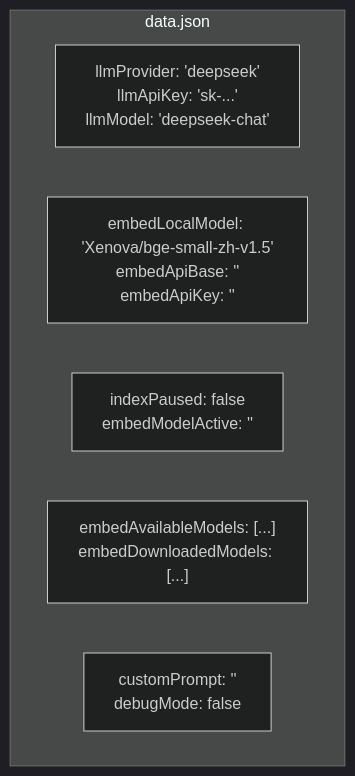
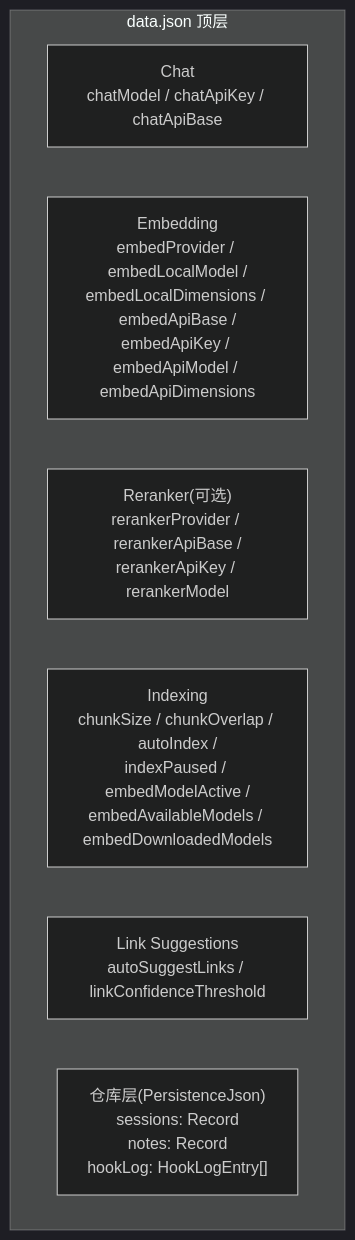
One commit to golddream-y/obsidian-ratel changed the first of 2 diagrams in docs/architecture/host/persistence.md. Above: the diagram before and after it, drawn with Mermaid (dark theme). The commit also changed other lines of this file and 1 other file, not shown here.

First line of the commit message:
docs(host): 对齐 persistence.md / obsidian-integration.md 与代码现实

````diff
--- a/docs/architecture/host/persistence.md
+++ b/docs/architecture/host/persistence.md
@@ -84,10 +88,11 @@
 ```mermaid
 graph TB
-    subgraph "data.json"
-        LLM["llmProvider: 'deepseek'<br/>llmApiKey: 'sk-...'<br/>llmModel: 'deepseek-chat'"]
-        EMB["embedLocalModel: 'Xenova/bge-small-zh-v1.5'<br/>embedApiBase: ''<br/>embedApiKey: ''"]
-        IDX["indexPaused: false<br/>embedModelActive: ''"]
-        AVAIL["embedAvailableModels: [...]<br/>embedDownloadedModels: [...]"]
-        CUSTOM["customPrompt: ''<br/>debugMode: false"]
+    subgraph "data.json 顶层"
+        CHAT["Chat<br/>chatModel / chatApiKey / chatApiBase"]
+        EMB["Embedding<br/>embedProvider / embedLocalModel /<br/>embedLocalDimensions / embedApiBase /<br/>embedApiKey / embedApiModel / embedApiDimensions"]
+        RER["Reranker(可选)<br/>rerankerProvider / rerankerApiBase /<br/>rerankerApiKey / rerankerModel"]
+        IDX["Indexing<br/>chunkSize / chunkOverlap / autoIndex /<br/>indexPaused / embedModelActive /<br/>embedAvailableModels / embedDownloadedModels"]
+        LINK["Link Suggestions<br/>autoSuggestLinks / linkConfidenceThreshold"]
+        REPO["仓库层(PersistenceJson)<br/>sessions: Record<br/>notes: Record<br/>hookLog: HookLogEntry[]"]
     end
 ```
````
